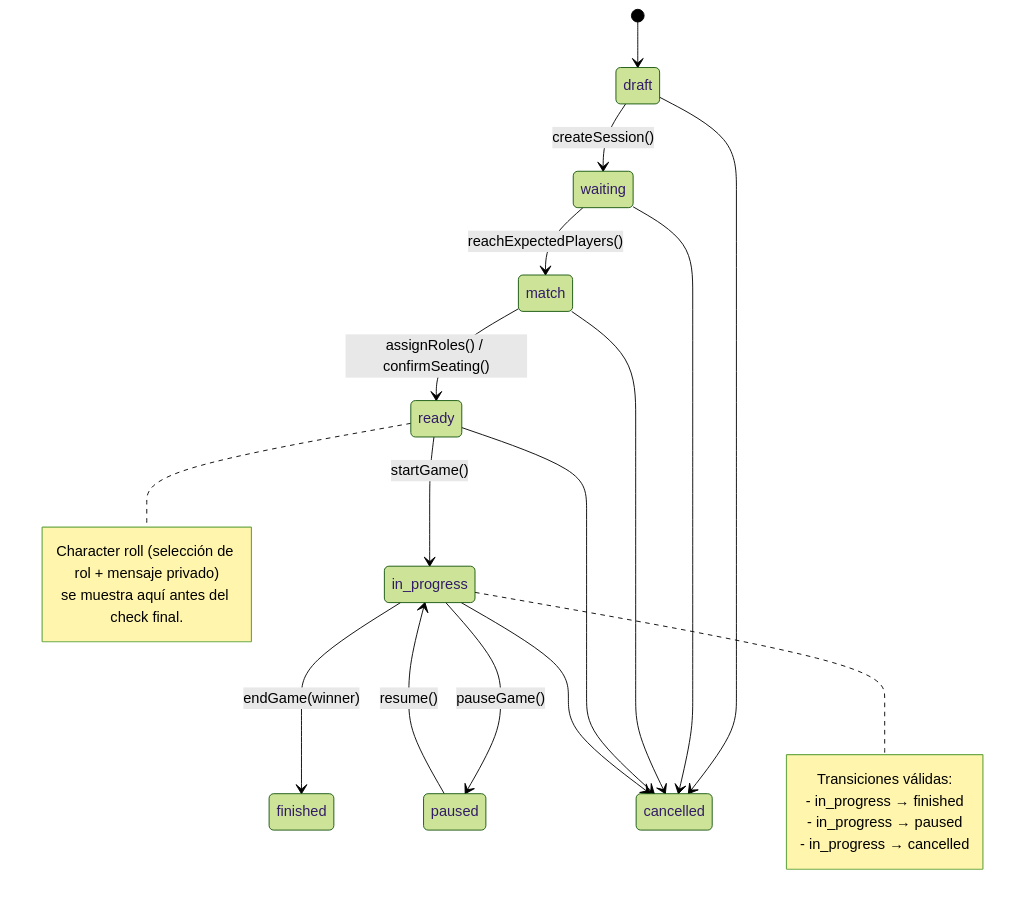
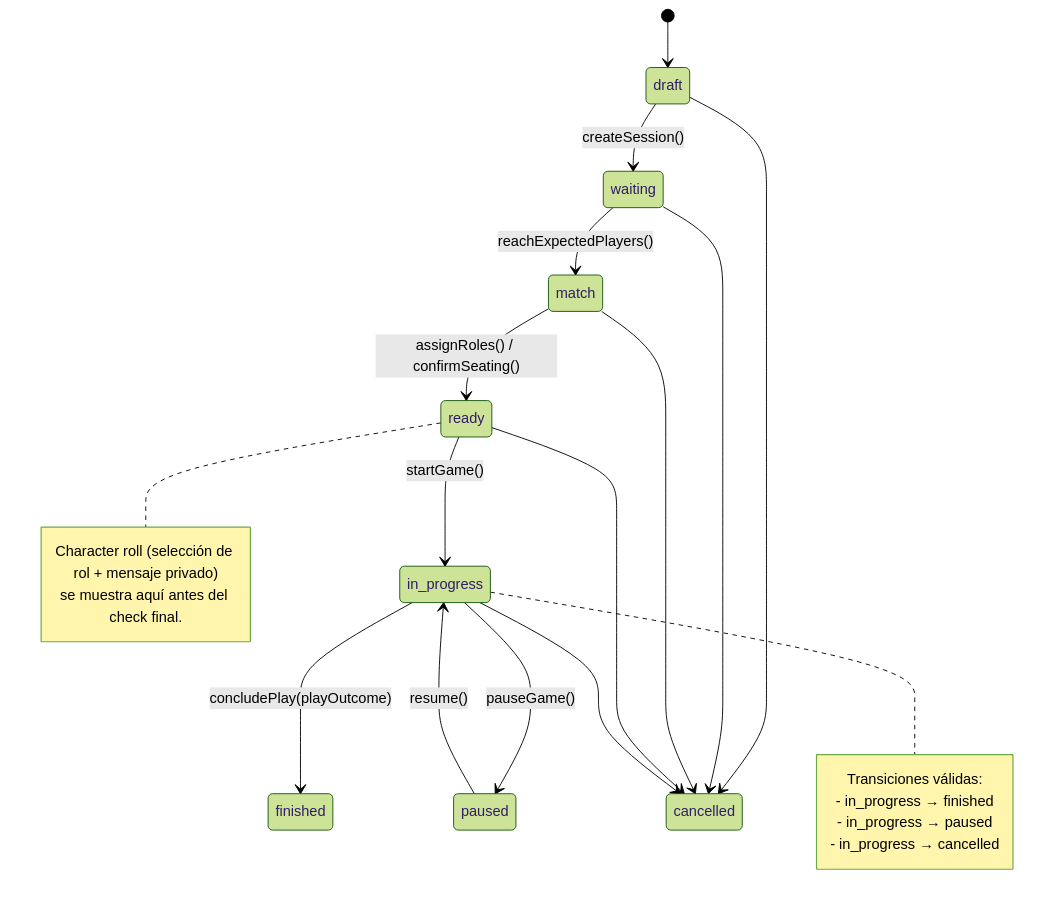
Before and after one commit to juanramonmorandeira/castronegro-director: the second of 3 diagrams in docs/arquitectura.md, drawn with Mermaid (forest theme). The commit also changed 28 other files, not shown here.

````diff
--- a/docs/arquitectura.md
+++ b/docs/arquitectura.md
@@ -57,27 +57,27 @@
 ```mermaid
 stateDiagram-v2
   [*] --> draft
   draft --> waiting: createSession()
   waiting --> match: reachExpectedPlayers()
   match --> ready: assignRoles() / confirmSeating()
   note right of ready
     Character roll (selección de rol + mensaje privado)
     se muestra aquí antes del check final.
   end note
   ready --> in_progress: startGame()
-  in_progress --> finished: endGame(winner)
+  in_progress --> finished: concludePlay(playOutcome)
   in_progress --> paused: pauseGame()
   paused --> in_progress: resume()
   draft --> cancelled
   waiting --> cancelled
   match --> cancelled
   ready --> cancelled
   in_progress --> cancelled
 
   note right of in_progress
     Transiciones válidas:
     - in_progress → finished
     - in_progress → paused
     - in_progress → cancelled
   end note
 ```
````
